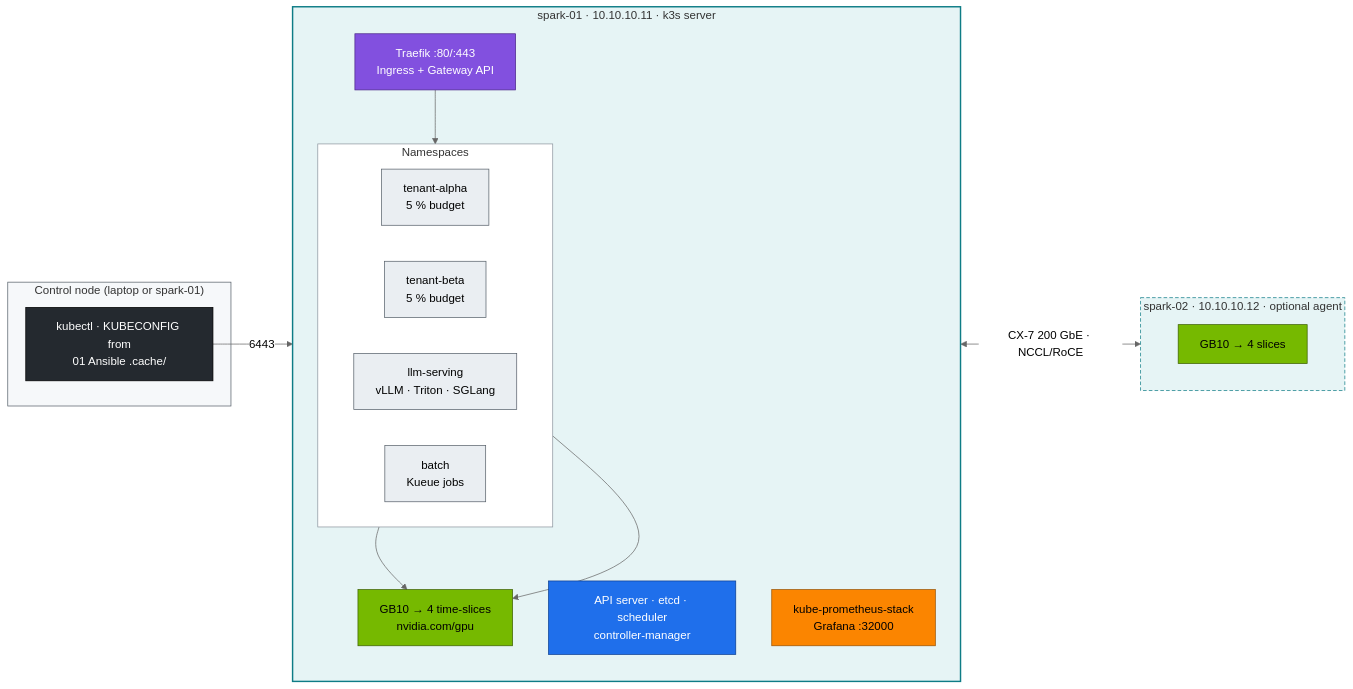
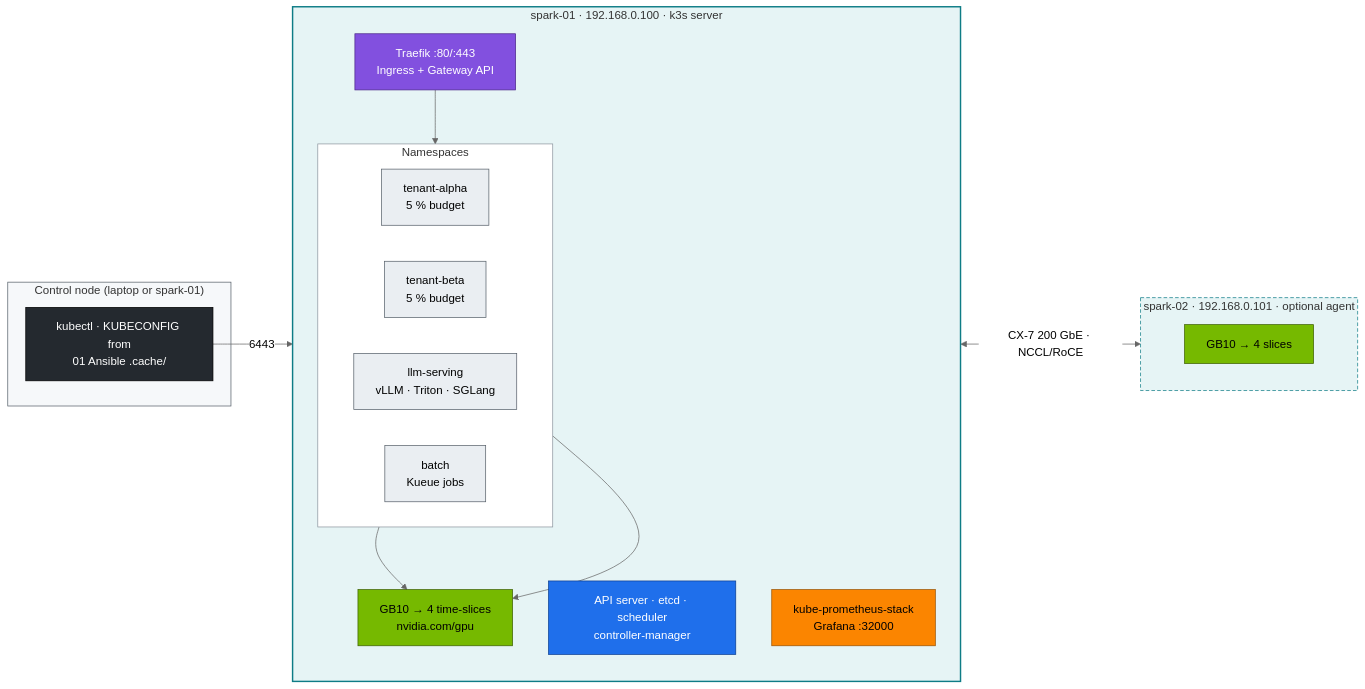
The diagram in 02 Kubernetes/lab/README.md (cloudone365/technical-depth), drawn with Mermaid (neutral theme) before and after one commit. The commit also changed 57 other files, not shown here.

````diff
--- a/02 Kubernetes/lab/README.md
+++ b/02 Kubernetes/lab/README.md
@@ -40,44 +40,44 @@
 ```mermaid
 flowchart LR
   subgraph CTL["Control node (laptop or spark-01)"]
     K["kubectl · KUBECONFIG from<br/>01 Ansible .cache/"]
   end
-  subgraph S1["spark-01 · 10.10.10.11 · k3s server"]
+  subgraph S1["spark-01 · 192.168.0.100 · k3s server"]
     direction TB
     CP["API server · etcd · scheduler<br/>controller-manager"]
     subgraph NS["Namespaces"]
       direction LR
       TA["tenant-alpha<br/>5 % budget"]
       TB["tenant-beta<br/>5 % budget"]
       LS["llm-serving<br/>vLLM · Triton · SGLang"]
       BA["batch<br/>Kueue jobs"]
     end
     ING["Traefik :80/:443<br/>Ingress + Gateway API"]
     OBS["kube-prometheus-stack<br/>Grafana :32000"]
     GPU["GB10 → 4 time-slices<br/>nvidia.com/gpu"]
   end
-  subgraph S2["spark-02 · 10.10.10.12 · optional agent"]
+  subgraph S2["spark-02 · 192.168.0.101 · optional agent"]
     G2["GB10 → 4 slices"]
   end
   K -->|6443| CP
   ING --> LS
   LS --> GPU
   BA --> GPU
   S1 <-->|"CX-7 200 GbE · NCCL/RoCE"| S2
   classDef ctrl fill:#1f6feb,stroke:#0b3d91,color:#fff
   classDef gpu fill:#76b900,stroke:#3d6000,color:#000
   classDef net fill:#8250df,stroke:#4c2889,color:#fff
   classDef obs fill:#fb8500,stroke:#9a5200,color:#000
   classDef tenant fill:#eaeef2,stroke:#57606a,color:#000
   classDef ext fill:#24292f,stroke:#000,color:#fff
   class CP ctrl
   class GPU,G2 gpu
   class ING net
   class OBS obs
   class TA,TB,LS,BA tenant
   class K ext
   style S1 fill:#e6f4f5,stroke:#0e7c86,stroke-width:2px
   style S2 fill:#e6f4f5,stroke:#0e7c86,stroke-dasharray:5 3
   style CTL fill:#f6f8fa,stroke:#57606a
   style NS fill:#ffffff,stroke:#8c959f
 ```
````
